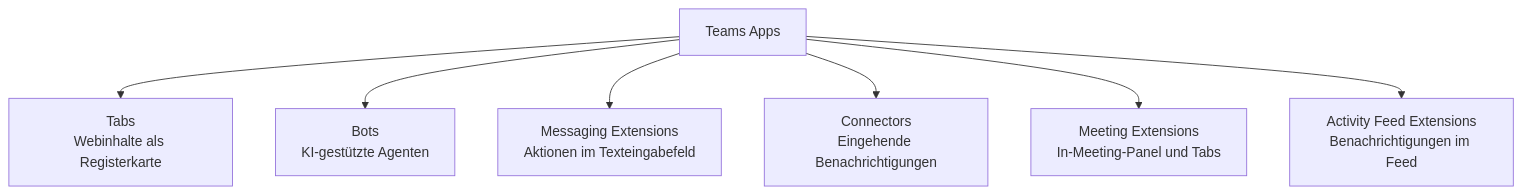
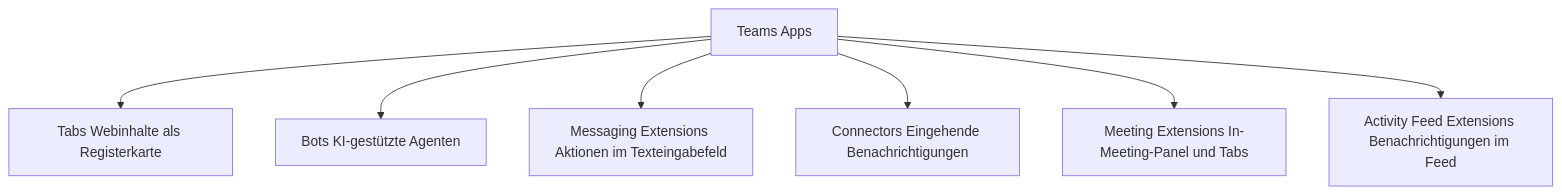
The first of 2 diagrams in Microsoft 365/Teams/Teams Apps und Bots.md (SoniiiT/notes-n-docs), drawn with Mermaid before and after one commit. The commit also changed other lines of this file and 124 other files, not shown here.

First line of the commit message:
fix: Entferne \n aus allen Mermaid-Diagrammen (125 Dateien)

````diff
--- a/Microsoft 365/Teams/Teams Apps und Bots.md
+++ b/Microsoft 365/Teams/Teams Apps und Bots.md
@@ -25,9 +25,9 @@
 ```mermaid
 graph TD
-    APPS[Teams Apps] --> TABS[Tabs\nWebinhalte als Registerkarte]
-    APPS --> BOTS[Bots\nKI-gestützte Agenten]
-    APPS --> ME[Messaging Extensions\nAktionen im Texteingabefeld]
-    APPS --> CONN[Connectors\nEingehende Benachrichtigungen]
-    APPS --> MEET[Meeting Extensions\nIn-Meeting-Panel und Tabs]
-    APPS --> ACT[Activity Feed Extensions\nBenachrichtigungen im Feed]
+    APPS[Teams Apps] --> TABS[Tabs Webinhalte als Registerkarte]
+    APPS --> BOTS[Bots KI-gestützte Agenten]
+    APPS --> ME[Messaging Extensions Aktionen im Texteingabefeld]
+    APPS --> CONN[Connectors Eingehende Benachrichtigungen]
+    APPS --> MEET[Meeting Extensions In-Meeting-Panel und Tabs]
+    APPS --> ACT[Activity Feed Extensions Benachrichtigungen im Feed]
 ```
````
